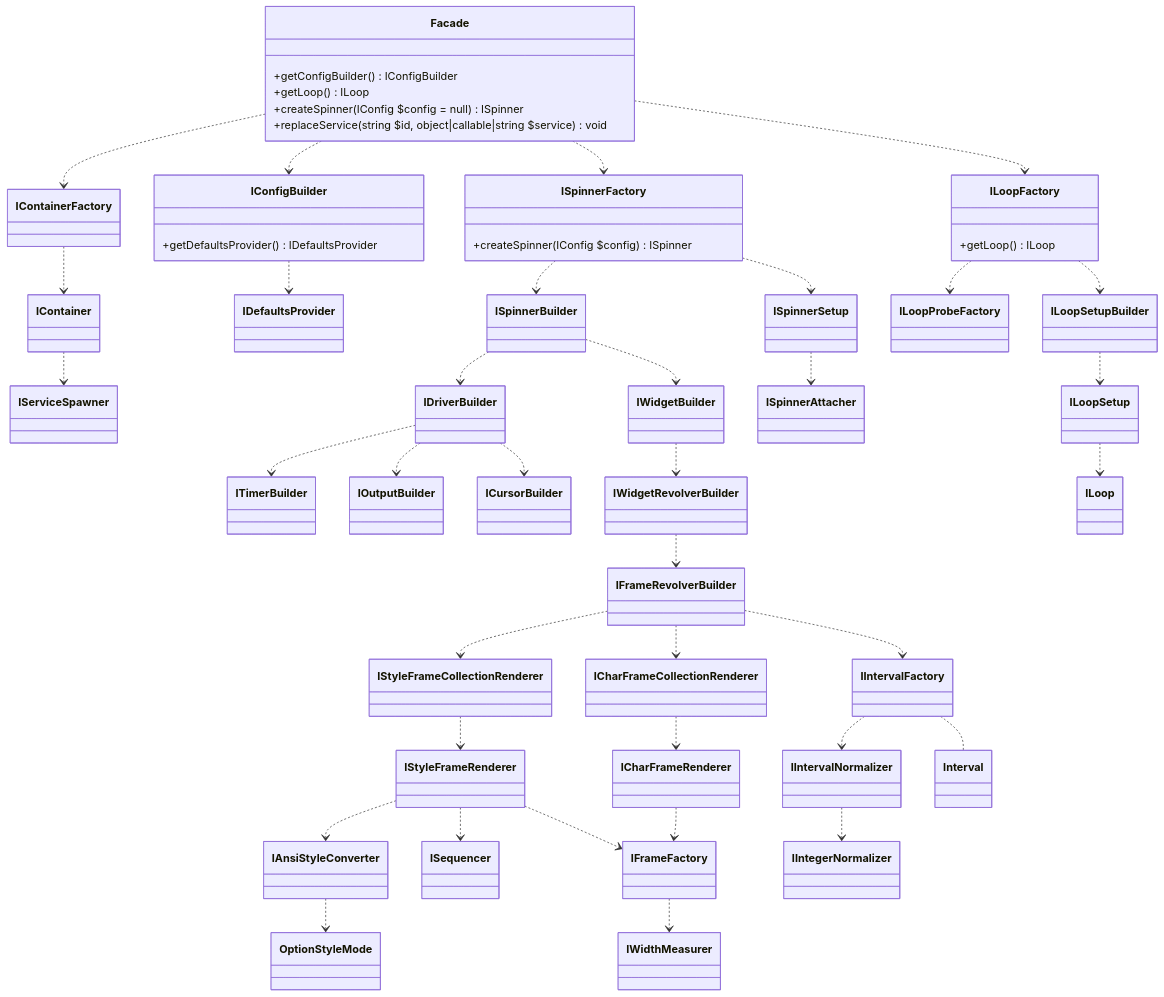
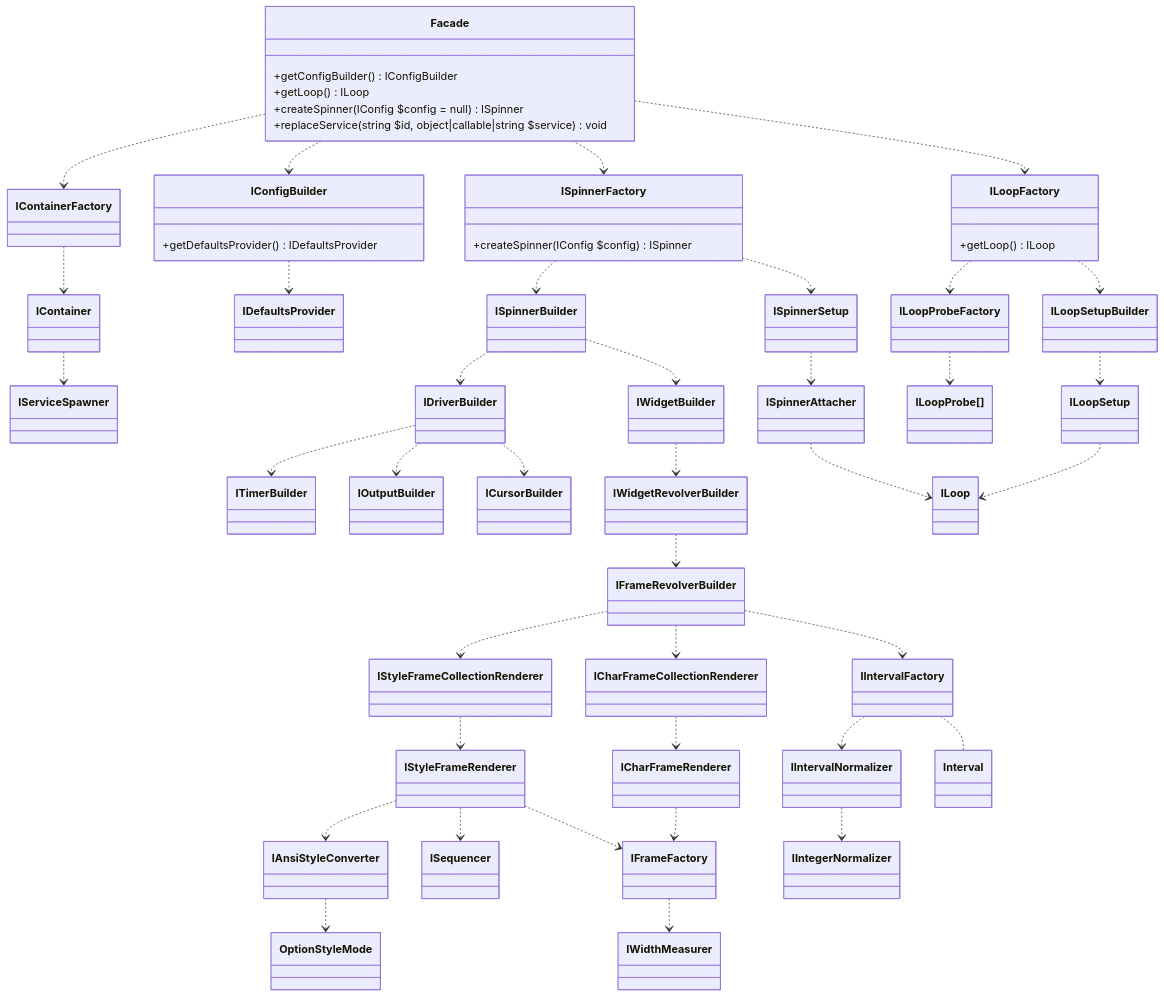
The diagram in doc/info/chart/services.md (alecrabbit/php-console-spinner), drawn with Mermaid before and after one commit. The commit also changed other lines of this file, not shown here.

```diff
--- a/doc/info/chart/services.md
+++ b/doc/info/chart/services.md
@@ -27,6 +27,8 @@
 
     ISpinnerSetup ..> ISpinnerAttacher
 
+    ISpinnerAttacher ..> ILoop
+    
     class ISpinnerFactory {
         +createSpinner(IConfig $config) ISpinner
     }
@@ -39,6 +41,8 @@
     
     ILoopFactory ..> ILoopProbeFactory
     ILoopFactory ..> ILoopSetupBuilder
+    
+    ILoopProbeFactory ..> `ILoopProbe[]`
     
     ILoopSetupBuilder ..> ILoopSetup
 
```
